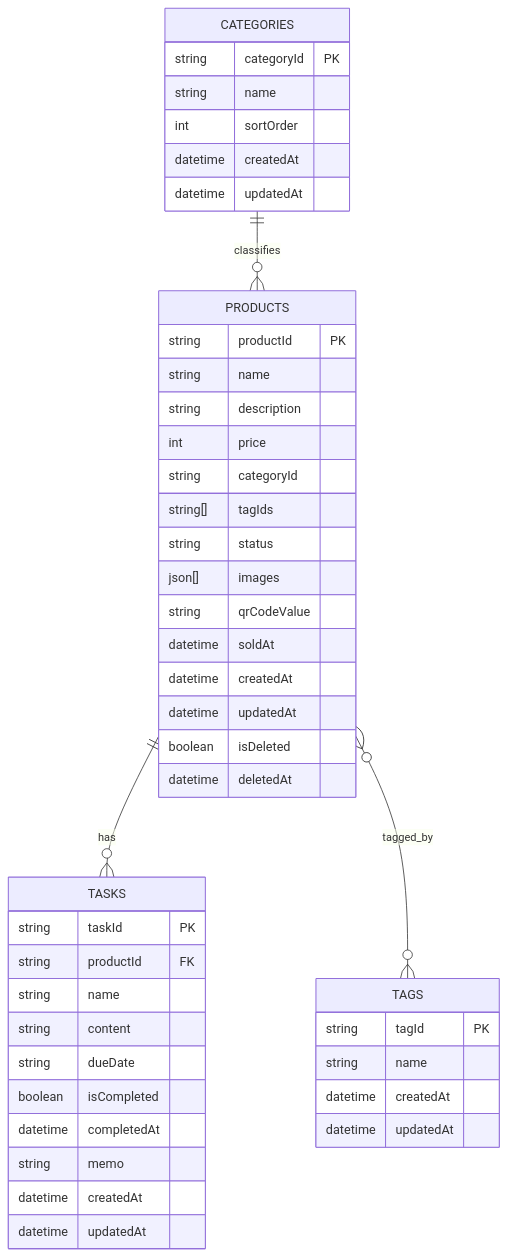
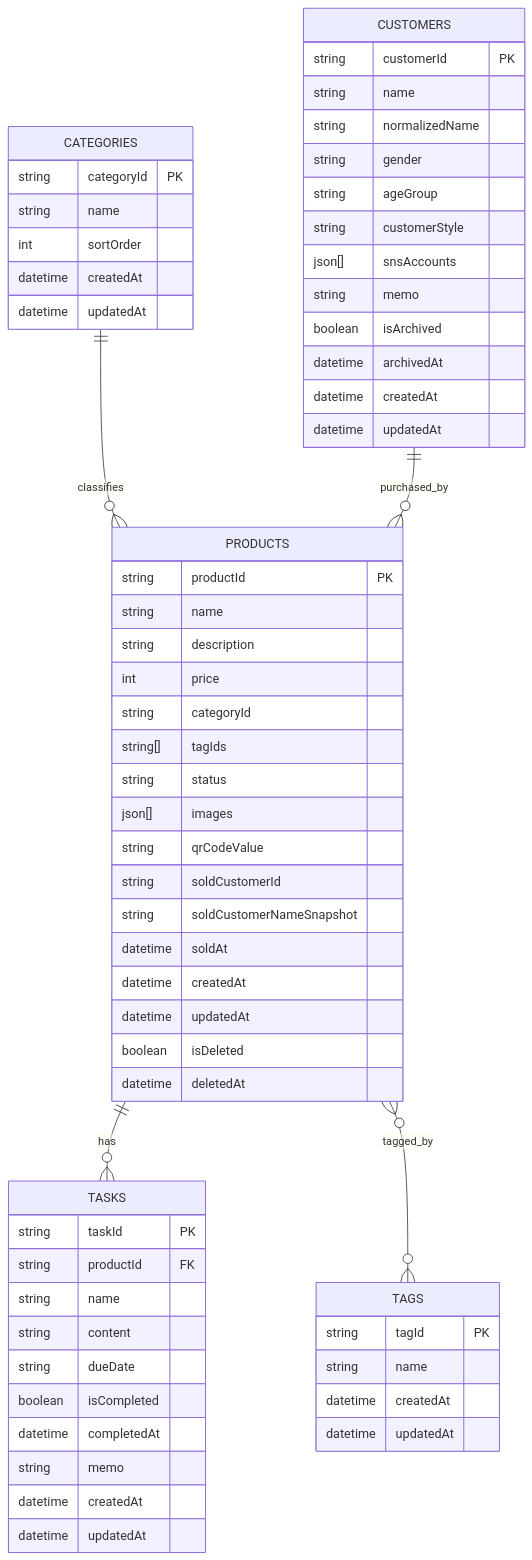
Before and after one commit to Cat5Dog2/Handmade_Item_Management: the fifth of 5 diagrams in docs/basic_design.md, drawn with Mermaid. The commit also changed other lines of this file and 14 other files, not shown here.

````diff
--- a/docs/basic_design.md
+++ b/docs/basic_design.md
@@ -817,51 +855,69 @@
 ```mermaid
 erDiagram
     PRODUCTS ||--o{ TASKS : has
     CATEGORIES ||--o{ PRODUCTS : classifies
     PRODUCTS }o--o{ TAGS : tagged_by
+    CUSTOMERS ||--o{ PRODUCTS : purchased_by
 
     PRODUCTS {
         string productId PK
         string name
         string description
         int price
         string categoryId
         string[] tagIds
         string status
         json[] images
         string qrCodeValue
+        string soldCustomerId
+        string soldCustomerNameSnapshot
         datetime soldAt
         datetime createdAt
         datetime updatedAt
         boolean isDeleted
         datetime deletedAt
     }
 
     TASKS {
         string taskId PK
         string productId FK
         string name
         string content
         string dueDate
         boolean isCompleted
         datetime completedAt
         string memo
         datetime createdAt
         datetime updatedAt
     }
 
     CATEGORIES {
         string categoryId PK
         string name
         int sortOrder
         datetime createdAt
         datetime updatedAt
     }
 
     TAGS {
         string tagId PK
         string name
         datetime createdAt
         datetime updatedAt
     }
+
+    CUSTOMERS {
+        string customerId PK
+        string name
+        string normalizedName
+        string gender
+        string ageGroup
+        string customerStyle
+        json[] snsAccounts
+        string memo
+        boolean isArchived
+        datetime archivedAt
+        datetime createdAt
+        datetime updatedAt
+    }
 ```
````
